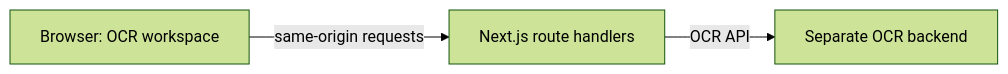
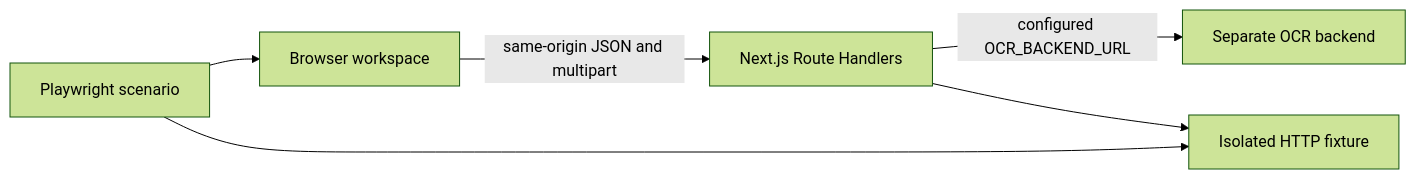
Before and after one commit to ADISAK-PORNCHAROEN/ocr-frontend: the diagram in docs/ARCHITECTURE.md, drawn with Mermaid (forest theme). The commit also changed other lines of this file, not shown here.

Commit message:
docs: sketch OCR frontend architecture

````diff
--- a/docs/ARCHITECTURE.md
+++ b/docs/ARCHITECTURE.md
@@ -7,5 +8,8 @@
 ```mermaid
 flowchart LR
-    User[Browser: OCR workspace] -->|same-origin requests| BFF[Next.js route handlers]
-    BFF -->|OCR API| Backend[Separate OCR backend]
+  Browser[Browser workspace] -->|same-origin JSON and multipart| BFF[Next.js Route Handlers]
+  BFF -->|configured OCR_BACKEND_URL| Backend[Separate OCR backend]
+  Test[Playwright scenario] --> Browser
+  Test --> Fixture[Isolated HTTP fixture]
+  BFF --> Fixture
 ```
````
